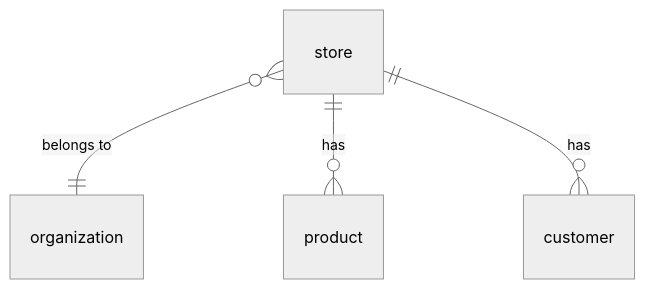
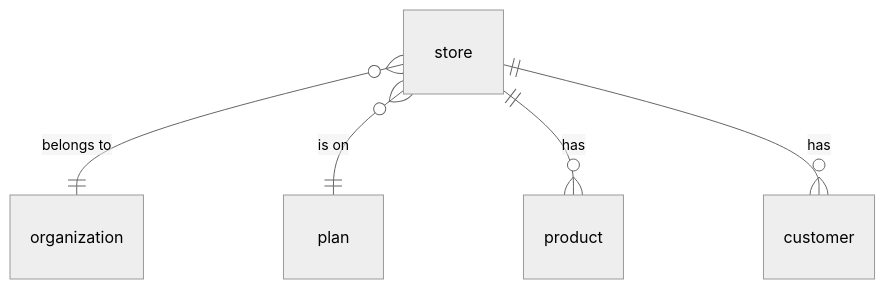
One commit to Shahrukh489/gekkosuite-api changed the second of 7 diagrams in docs/database.md. Above: the diagram before and after it, drawn with Mermaid (neutral theme). The commit also changed other lines of this file and 2 other files, not shown here.

````diff
--- a/docs/database.md
+++ b/docs/database.md
@@ -198,6 +218,7 @@
 ```mermaid
 erDiagram
     store }o--|| organization : "belongs to"
+    store }o--|| plan : "is on"
     store ||--o{ product : "has"
     store ||--o{ customer : "has"
 ```
````
